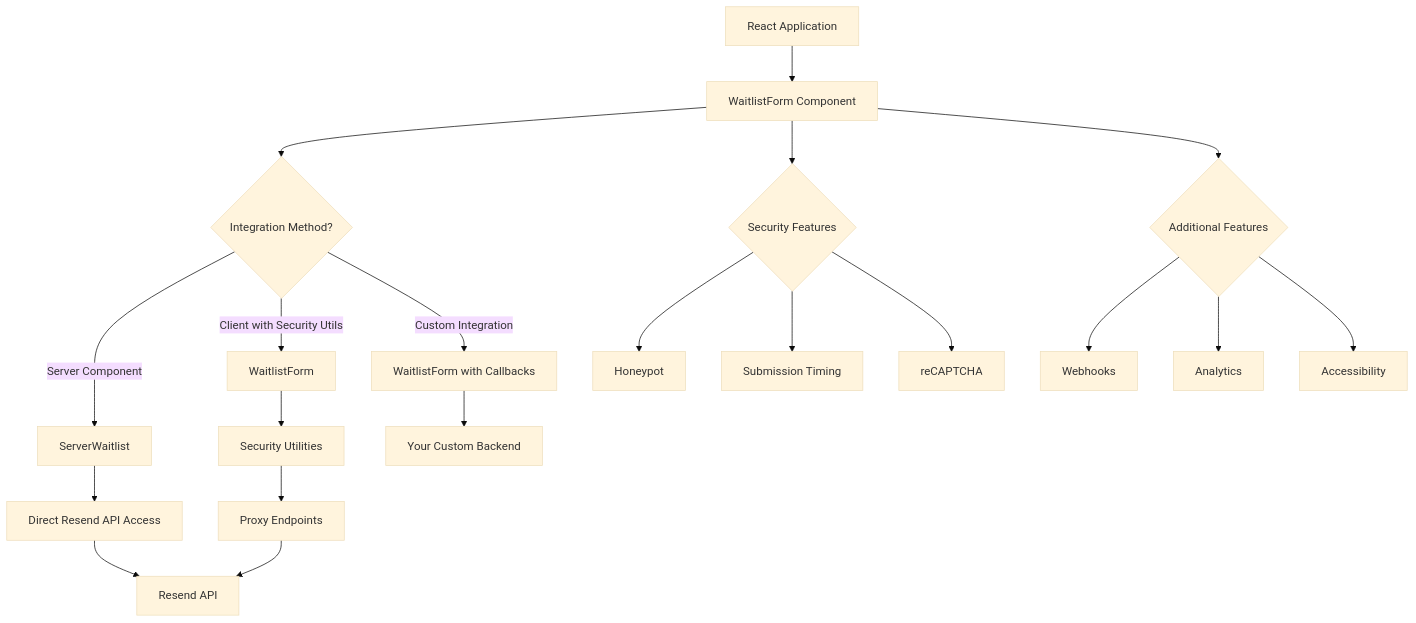
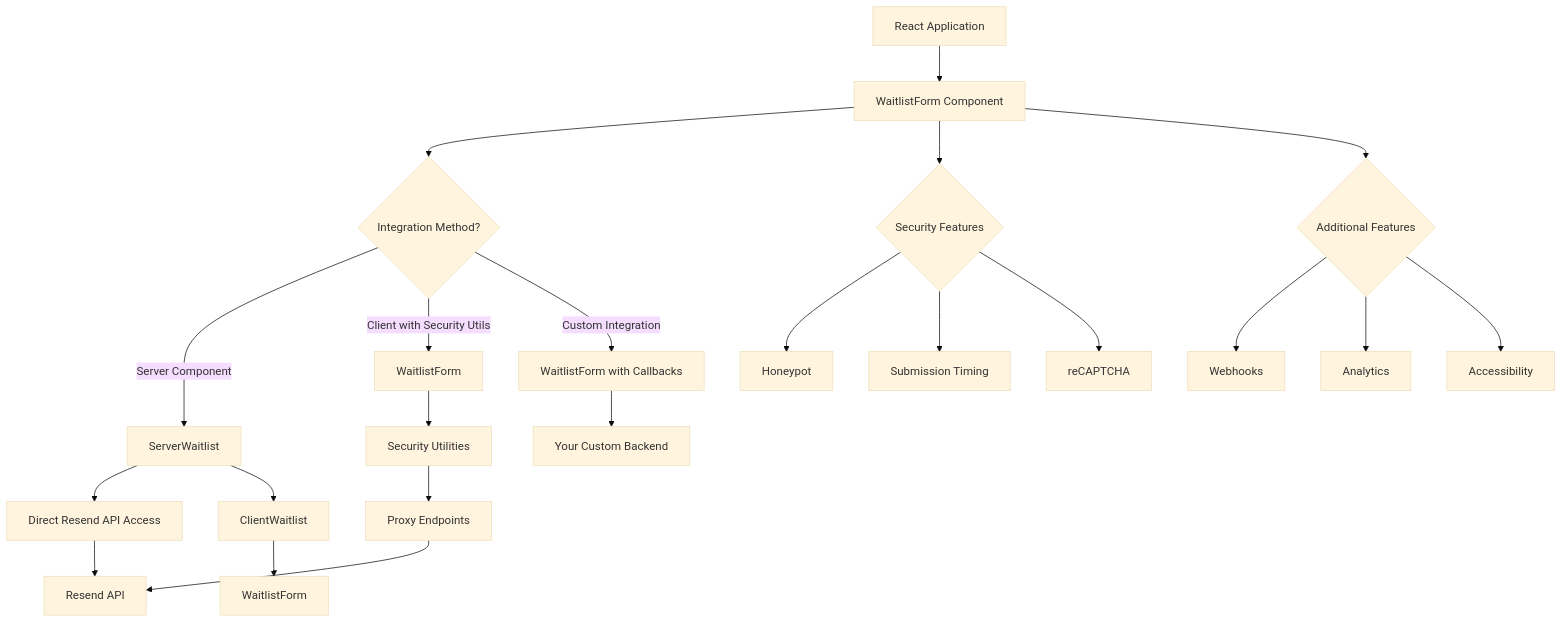
One commit to pmatheusvinhas/react-waitlist changed the diagram in README.md. Above: the diagram before and after it, drawn with Mermaid (base theme). The commit also changed other lines of this file and 10 other files, not shown here.

Commit message:
feat: refactor SSR architecture for true server components support

````diff
--- a/README.md
+++ b/README.md
@@ -397,27 +418,29 @@
 ```mermaid
 graph TD
     A[React Application] --> B[WaitlistForm Component]
     B --> C{Integration Method?}
     
     C -->|Server Component| D[ServerWaitlist]
     D --> E[Direct Resend API Access]
     E --> F[Resend API]
+    D --> G[ClientWaitlist]
+    G --> H[WaitlistForm]
     
-    C -->|Client with Security Utils| G[WaitlistForm]
-    G --> H[Security Utilities]
-    H --> I[Proxy Endpoints]
-    I --> F
+    C -->|Client with Security Utils| I[WaitlistForm]
+    I --> J[Security Utilities]
+    J --> K[Proxy Endpoints]
+    K --> F
     
-    C -->|Custom Integration| J[WaitlistForm with Callbacks]
-    J --> K[Your Custom Backend]
+    C -->|Custom Integration| L[WaitlistForm with Callbacks]
+    L --> M[Your Custom Backend]
     
-    B --> L{Security Features}
-    L --> M[Honeypot]
-    L --> N[Submission Timing]
-    L --> O[reCAPTCHA]
+    B --> N{Security Features}
+    N --> O[Honeypot]
+    N --> P[Submission Timing]
+    N --> Q[reCAPTCHA]
     
-    B --> P{Additional Features}
-    P --> Q[Webhooks]
-    P --> R[Analytics]
-    P --> S[Accessibility]
+    B --> R{Additional Features}
+    R --> S[Webhooks]
+    R --> T[Analytics]
+    R --> U[Accessibility]
 ```
````
